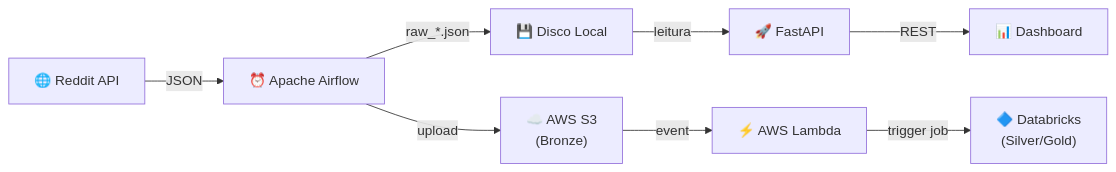
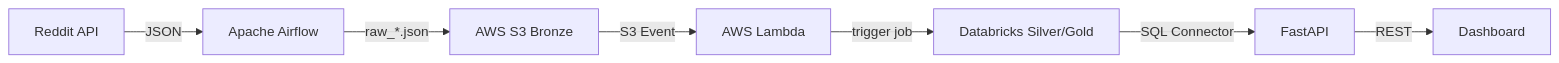
Before and after one commit to wesleyolvr/DataRadar: the diagram in README.md, drawn with Mermaid. The commit also changed other lines of this file, not shown here.

````diff
--- a/README.md
+++ b/README.md
@@ -13,19 +23,9 @@
 ```mermaid
 flowchart LR
-    Reddit["🌐 Reddit API"]
-    Airflow["⏰ Apache Airflow"]
-    Disco["💾 Disco Local"]
-    S3["☁️ AWS S3\n(Bronze)"]
-    Lambda["⚡ AWS Lambda"]
-    Databricks["🔷 Databricks\n(Silver/Gold)"]
-    API["🚀 FastAPI"]
-    UI["📊 Dashboard"]
-
-    Reddit -->|JSON| Airflow
-    Airflow -->|raw_*.json| Disco
-    Airflow -->|upload| S3
-    S3 -->|event| Lambda
-    Lambda -->|trigger job| Databricks
-    Disco -->|leitura| API
-    API -->|REST| UI
+    Reddit["Reddit API"] -->|JSON| Airflow["Apache Airflow"]
+    Airflow -->|raw_*.json| S3["AWS S3 Bronze"]
+    S3 -->|S3 Event| Lambda["AWS Lambda"]
+    Lambda -->|trigger job| Databricks["Databricks Silver/Gold"]
+    Databricks -->|SQL Connector| API["FastAPI"]
+    API -->|REST| UI["Dashboard"]
 ```
````
